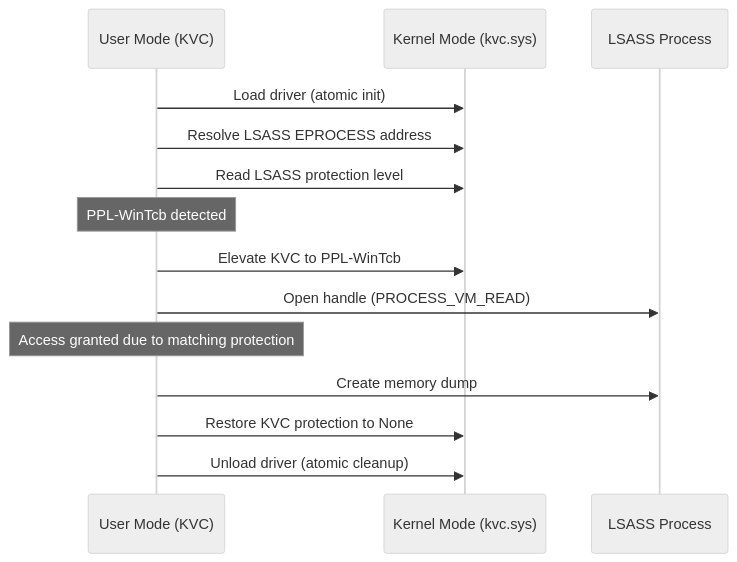
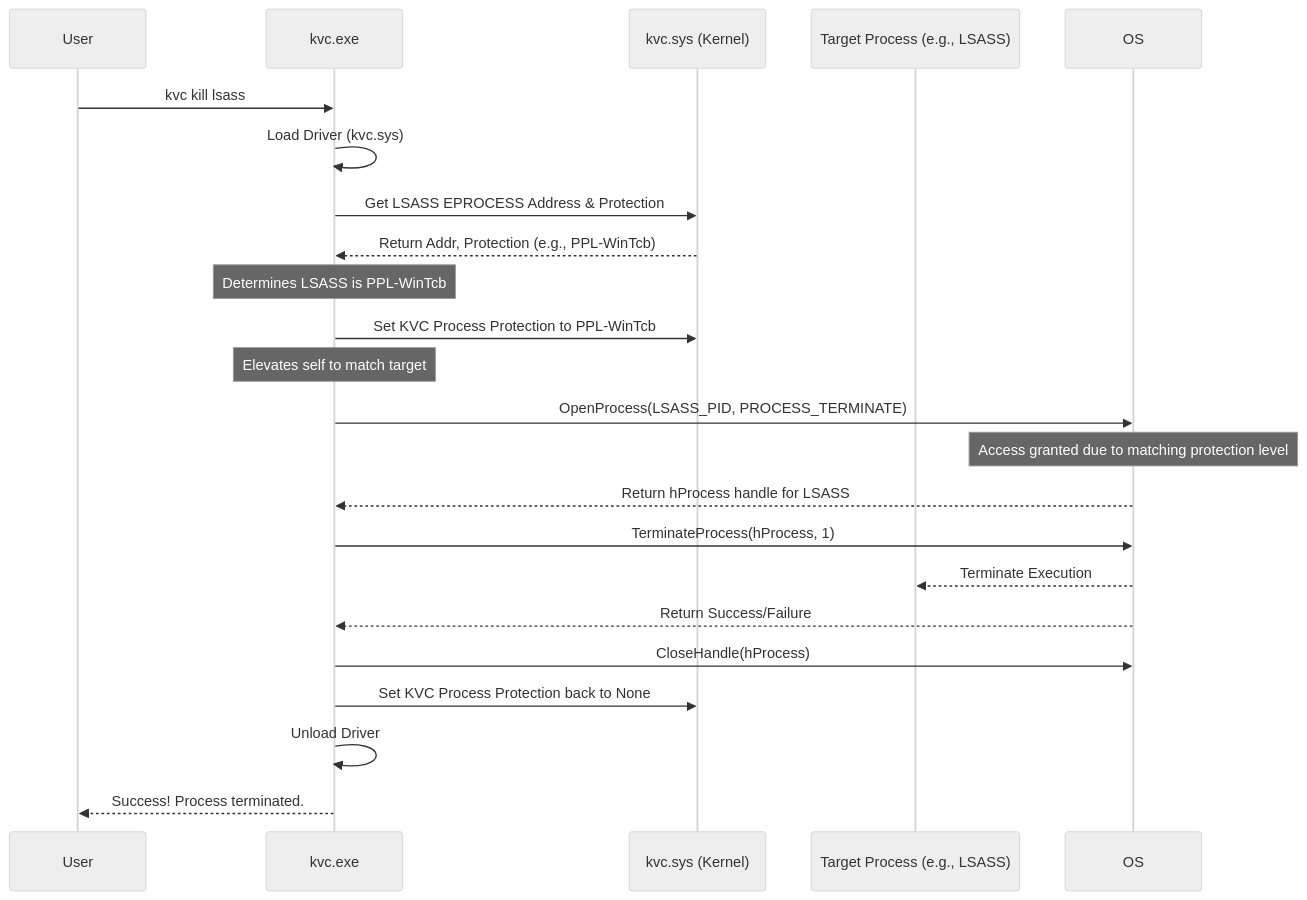
One commit to wesmar/kvc changed the sixth of 11 diagrams in README.md. Above: the diagram before and after it, drawn with Mermaid (neutral theme). The commit also changed other lines of this file, not shown here.

````diff
--- a/README.md
+++ b/README.md
@@ -399,17 +634,30 @@
 ```mermaid
 sequenceDiagram
-    participant User as User Mode (KVC)
-    participant Kernel as Kernel Mode (kvc.sys)
-    participant LSASS as LSASS Process
-    
-    User->>Kernel: Load driver (atomic init)
-    User->>Kernel: Resolve LSASS EPROCESS address
-    User->>Kernel: Read LSASS protection level
-    Note over User: PPL-WinTcb detected
-    User->>Kernel: Elevate KVC to PPL-WinTcb
-    User->>LSASS: Open handle (PROCESS_VM_READ)
-    Note over User: Access granted due to matching protection
-    User->>LSASS: Create memory dump
-    User->>Kernel: Restore KVC protection to None
-    User->>Kernel: Unload driver (atomic cleanup)
+    participant User
+    participant KVC_EXE as kvc.exe
+    participant KVC_SYS as kvc.sys (Kernel)
+    participant Target_PPL as Target Process (e.g., LSASS)
+
+    User->>KVC_EXE: kvc kill lsass
+    KVC_EXE->>KVC_EXE: Load Driver (kvc.sys)
+    KVC_EXE->>KVC_SYS: Get LSASS EPROCESS Address & Protection
+    KVC_SYS-->>KVC_EXE: Return Addr, Protection (e.g., PPL-WinTcb) 
+    Note over KVC_EXE: Determines LSASS is PPL-WinTcb 
+
+    KVC_EXE->>KVC_SYS: Set KVC Process Protection to PPL-WinTcb 
+    Note over KVC_EXE: Elevates self to match target
+
+    KVC_EXE->>OS: OpenProcess(LSASS_PID, PROCESS_TERMINATE) 
+    Note over OS: Access granted due to matching protection level
+    OS-->>KVC_EXE: Return hProcess handle for LSASS
+
+    KVC_EXE->>OS: TerminateProcess(hProcess, 1) 
+    OS-->>Target_PPL: Terminate Execution
+    OS-->>KVC_EXE: Return Success/Failure
+
+    KVC_EXE->>OS: CloseHandle(hProcess)
+
+    KVC_EXE->>KVC_SYS: Set KVC Process Protection back to None
+    KVC_EXE->>KVC_EXE: Unload Driver
+    KVC_EXE-->>User: Success! Process terminated.
 ```
````
